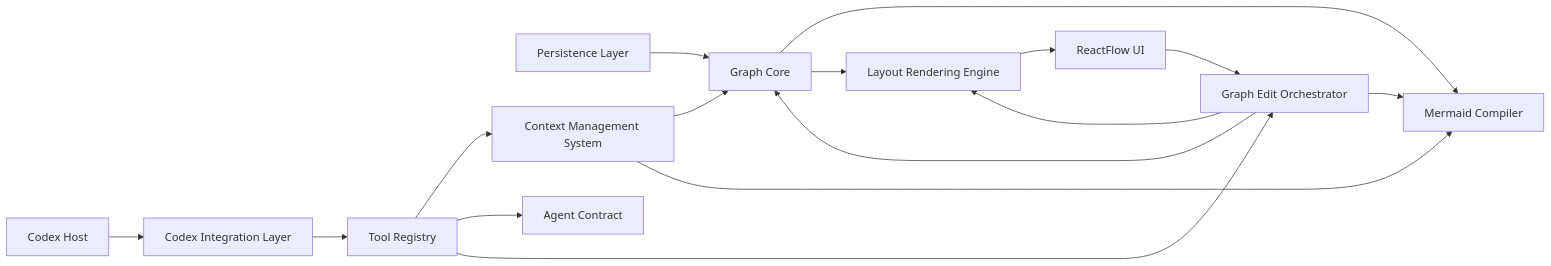
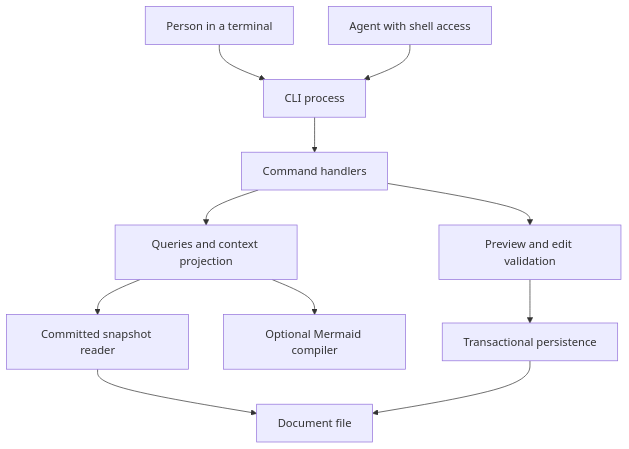
Before and after one commit to wizardG7777777/MindMapPlugin: the diagram in docs/architecture.md, drawn with Mermaid. The commit also changed other lines of this file and 20 other files, not shown here.

First line of the commit message:
docs: replace MCP specifications with a standalone CLI contract

````diff
--- a/docs/architecture.md
+++ b/docs/architecture.md
@@ -7,18 +7,13 @@
 ```mermaid
-flowchart LR
-  H["Codex Host"] --> E["Codex Integration Layer"]
-  A["Persistence Layer"] --> B["Graph Core"]
-  B --> C["Mermaid Compiler"]
-  B --> D["Layout Rendering Engine"]
-  G["Graph Edit Orchestrator"] --> B
-  G --> C
-  G --> D
-  E --> T["Tool Registry"]
-  T --> X["Context Management System"]
-  T --> Y["Agent Contract"]
-  T --> G
-  X --> B
-  X --> C
-  D --> F["ReactFlow UI"]
-  F --> G
+flowchart TD
+  H["Person in a terminal"] --> CLI["CLI process"]
+  A["Agent with shell access"] --> CLI
+  CLI --> C["Command handlers"]
+  C --> Q["Queries and context projection"]
+  C --> E["Preview and edit validation"]
+  Q --> R["Committed snapshot reader"]
+  E --> P["Transactional persistence"]
+  R --> D["Document file"]
+  P --> D
+  Q --> M["Optional Mermaid compiler"]
 ```
````
